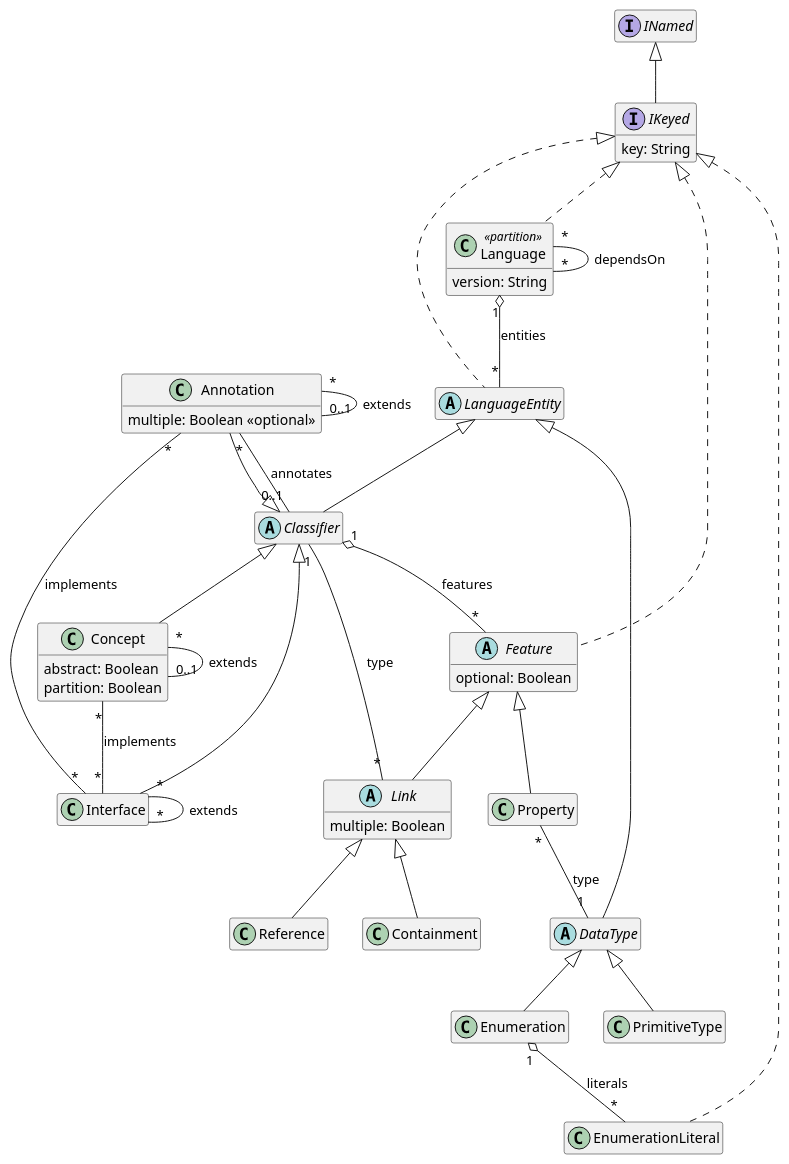
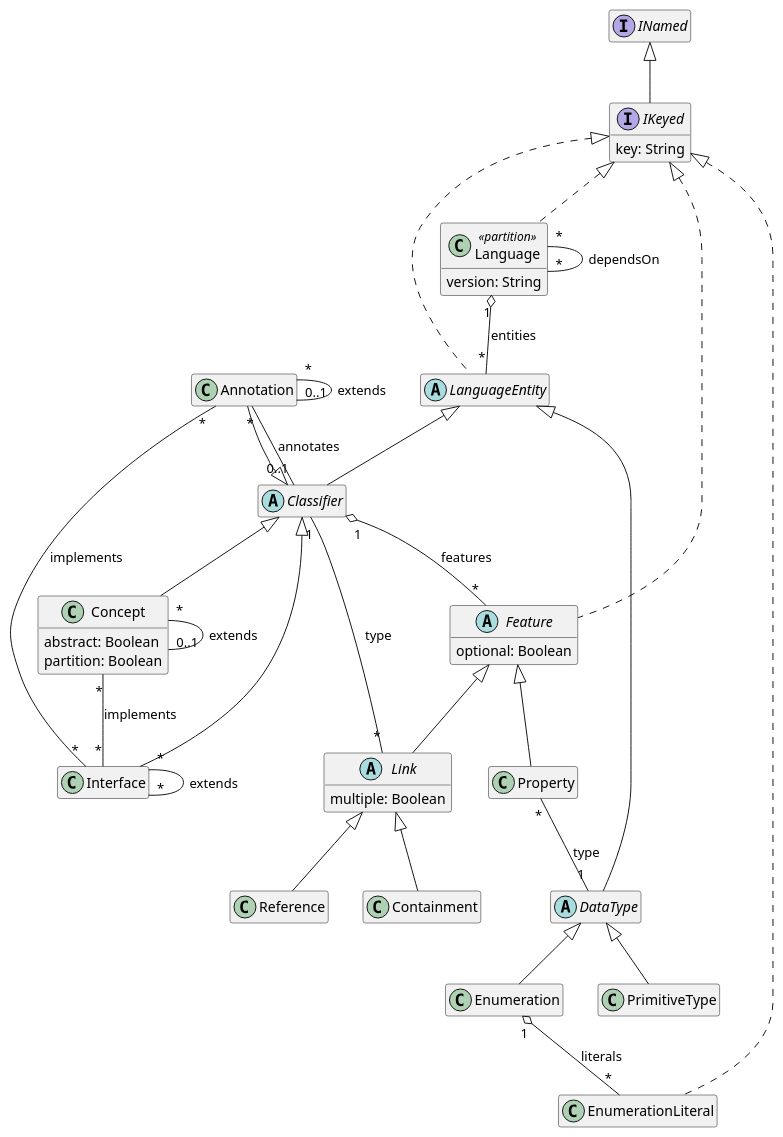
Before and after one commit to LionWeb-io/lionweb-typescript: the diagram in packages/artifacts/diagrams/metametamodel-gen.puml, drawn with PlantUML. The commit also changed 7 other files, not shown here.

```diff
--- a/packages/artifacts/diagrams/metametamodel-gen.puml
+++ b/packages/artifacts/diagrams/metametamodel-gen.puml
@@ -1,77 +1,75 @@
 @startuml
 hide empty members
 
 ' qualified name: "LionCore_M3"
 
 
-class Annotation extends Classifier {
-  multiple: Boolean <<optional>>
-}
+class Annotation extends Classifier
 
 abstract class Classifier extends LanguageEntity
 
 class Concept extends Classifier {
   abstract: Boolean
   partition: Boolean
 }
 
 class Containment extends Link
 
 abstract class DataType extends LanguageEntity
 
 class Enumeration extends DataType
 
 class EnumerationLiteral implements IKeyed
 
 abstract class Feature implements IKeyed {
   optional: Boolean
 }
 
 interface IKeyed extends INamed {
   key: String
 }
 
 class Interface extends Classifier
 
 class Language <<partition>> implements IKeyed {
   version: String
 }
 
 abstract class LanguageEntity implements IKeyed
 
 abstract class Link extends Feature {
   multiple: Boolean
 }
 
 class PrimitiveType extends DataType
 
 class Property extends Feature
 
 class Reference extends Link
 
 
 
 ' relations:
 
 Annotation "*" -- "0..1" Classifier: annotates
 Annotation "*" -- "0..1" Annotation: extends
 Annotation "*" -- "*" Interface: implements
 Classifier "1" o-- "*" Feature: features
 Concept "*" -- "0..1" Concept: extends
 Concept "*" -- "*" Interface: implements
 
 
 Enumeration "1" o-- "*" EnumerationLiteral: literals
 
 
 
 Interface "*" -- "*" Interface: extends
 Language "1" o-- "*" LanguageEntity: entities
 Language "*" -- "*" Language: dependsOn
 
 Link "*" -- "1" Classifier: type
 
 Property "*" -- "1" DataType: type
 
 
 @enduml
```
